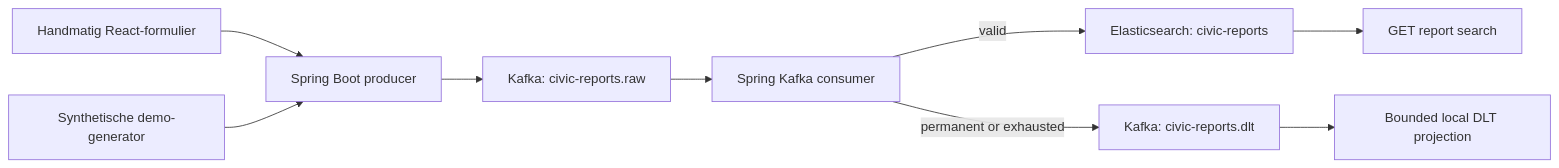
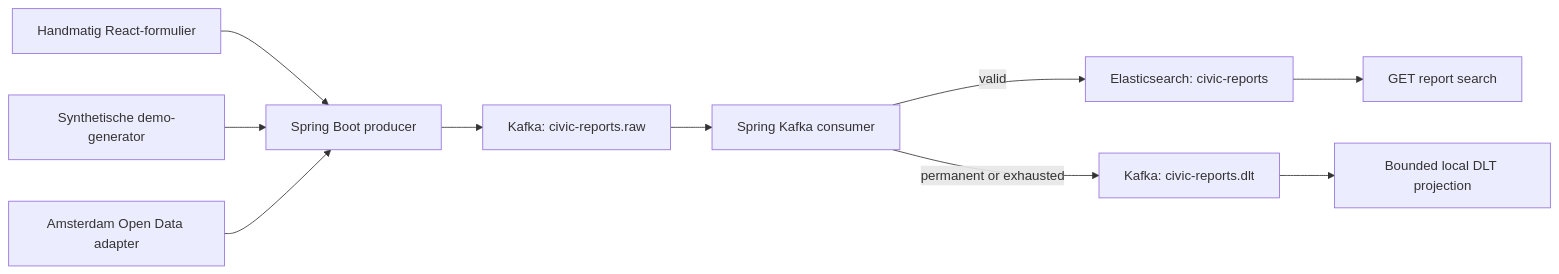
The diagram in docs/architecture.md (salahooo/CivicSignalNL), drawn with Mermaid before and after one commit. The commit also changed 11 other files, not shown here.

Commit message:
feat: add Amsterdam open data adapter

````diff
--- a/docs/architecture.md
+++ b/docs/architecture.md
@@ -3,11 +3,12 @@
 ```mermaid
 flowchart LR
     A[Handmatig React-formulier] --> B[Spring Boot producer]
     X[Synthetische demo-generator] --> B
+    Y[Amsterdam Open Data adapter] --> B
     B --> C[Kafka: civic-reports.raw]
     C --> D[Spring Kafka consumer]
     D -->|valid| E[Elasticsearch: civic-reports]
     D -->|permanent or exhausted| G[Kafka: civic-reports.dlt]
     G --> H[Bounded local DLT projection]
     E --> F[GET report search]
 ```
````
